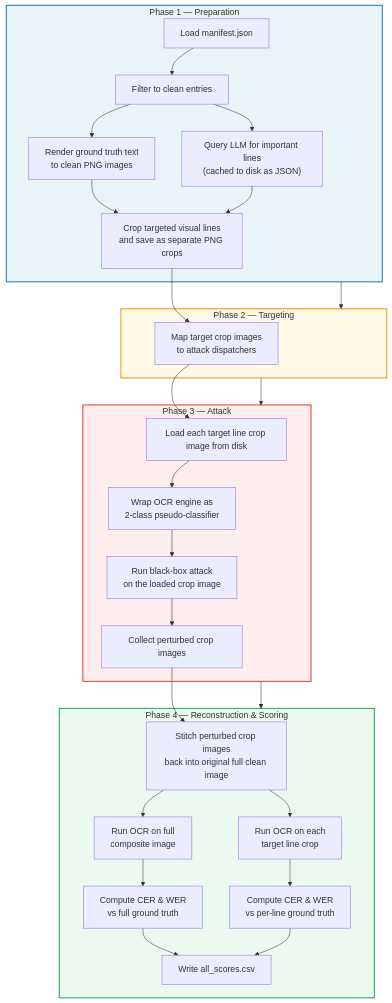
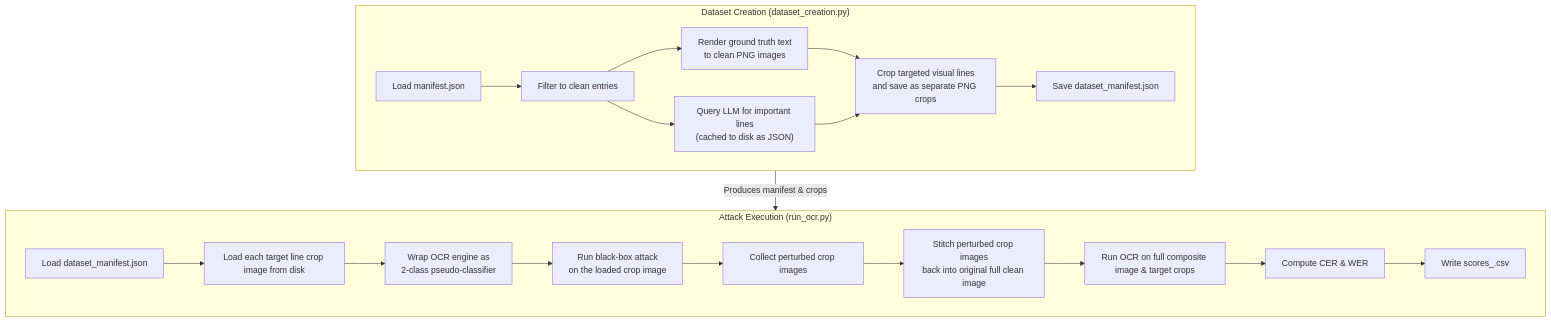
Before and after one commit to emorysalaun/AIRRI: the first of 3 diagrams in adversarial/README.md, drawn with Mermaid. The commit also changed other lines of this file and 2 other files, not shown here.

Commit message:
refactor: update readme, remove remaining unused L0 attack code

````diff
--- a/adversarial/README.md
+++ b/adversarial/README.md
@@ -37,38 +40,24 @@
 ```mermaid
 flowchart TB
-    subgraph A["Phase 1 — Preparation"]
-        A1["Load manifest.json"] --> A2["Filter to clean entries"]
-        A2 --> A3["Query LLM for important lines<br/>(cached to disk as JSON)"]
-        A2 --> A4["Render ground truth text<br/>to clean PNG images"]
-        A4 --> A5["Crop targeted visual lines<br/>and save as separate PNG crops"]
-        A3 --> A5
+    subgraph DC["Dataset Creation (dataset_creation.py)"]
+        DC1["Load manifest.json"] --> DC2["Filter to clean entries"]
+        DC2 --> DC3["Query LLM for important lines<br/>(cached to disk as JSON)"]
+        DC2 --> DC4["Render ground truth text<br/>to clean PNG images"]
+        DC4 --> DC5["Crop targeted visual lines<br/>and save as separate PNG crops"]
+        DC3 --> DC5
+        DC5 --> DC6["Save dataset_manifest.json"]
     end
 
-    subgraph B["Phase 2 — Targeting"]
-        A5 --> B1["Map target crop images<br/>to attack dispatchers"]
+    subgraph AE["Attack Execution (run_ocr.py)"]
+        AE1["Load dataset_manifest.json"] --> AE2["Load each target line crop image from disk"]
+        AE2 --> AE3["Wrap OCR engine as<br/>2-class pseudo-classifier"]
+        AE3 --> AE4["Run black-box attack<br/>on the loaded crop image"]
+        AE4 --> AE5["Collect perturbed crop images"]
+        AE5 --> AE6["Stitch perturbed crop images<br/>back into original full clean image"]
+        AE6 --> AE7["Run OCR on full composite image & target crops"]
+        AE7 --> AE8["Compute CER & WER"]
+        AE8 --> AE9["Write scores_<engine_name>.csv"]
     end
 
-    subgraph C["Phase 3 — Attack"]
-        B1 --> C1["Load each target line crop image from disk"]
-        C1 --> C2["Wrap OCR engine as<br/>2-class pseudo-classifier"]
-        C2 --> C3["Run black-box attack<br/>on the loaded crop image"]
-        C3 --> C4["Collect perturbed crop images"]
-    end
-
-    subgraph D["Phase 4 — Reconstruction & Scoring"]
-        C4 --> D1["Stitch perturbed crop images<br/>back into original full clean image"]
-        D1 --> D2["Run OCR on full<br/>composite image"]
-        D1 --> D3["Run OCR on each<br/>target line crop"]
-        D2 --> D4["Compute CER & WER<br/>vs full ground truth"]
-        D3 --> D5["Compute CER & WER<br/>vs per-line ground truth"]
-        D4 --> D6["Write all_scores.csv"]
-        D5 --> D6
-    end
-
-    A --> B --> C --> D
-
-    style A fill:#e8f4f8,stroke:#2980b9,stroke-width:2px
-    style B fill:#fef9e7,stroke:#f39c12,stroke-width:2px
-    style C fill:#fdedec,stroke:#e74c3c,stroke-width:2px
-    style D fill:#eafaf1,stroke:#27ae60,stroke-width:2px
+    DC -->|Produces manifest & crops| AE
 ```
````
